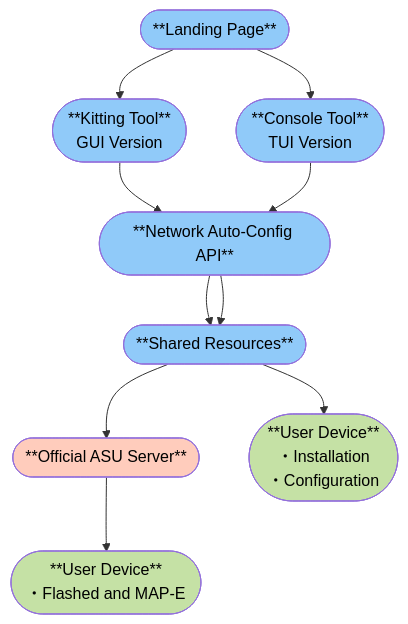
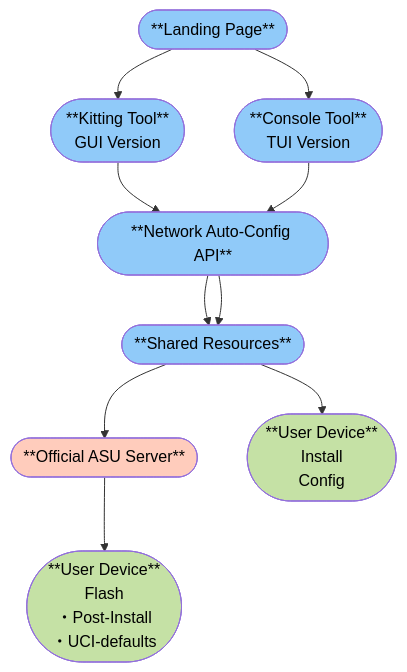
The diagram in README.md (site-u2023/site-u2023.github.io), drawn with Mermaid before and after one commit.

````diff
--- a/README.md
+++ b/README.md
@@ -18,58 +18,60 @@
 ```mermaid
 graph TB
 A([
 **Landing Page**
 ])
     
 B([
 **Kitting Tool**
 GUI Version
 ])
 C([
 **Console Tool**
 TUI Version
 ])
     
 D([
 **Network Auto-Config API**
 ])
     
 F([
 **Shared Resources**
 
 ])
     
 E([
 **Official ASU Server**
 ])
     
 G1([
 **User Device**
-・Flashed and MAP-E
+Flash
+・Post-Install
+・UCI-defaults
 ])
     
 G2([
 **User Device**
-・Installation
-・Configuration
+Install
+Config
 ])
     
     A --> B
     A --> C
     B --> D
     C --> D
     D --> F
     D --> F
     F --> E
     E --> G1
     F --> G2
     
     style A fill:#90caf9,color:#000
     style B fill:#90caf9,color:#000
     style C fill:#90caf9,color:#000
     style D fill:#90caf9,color:#000
     style E fill:#ffccbc,color:#000
     style F fill:#90caf9,color:#000
     style G1 fill:#c5e1a5,color:#000
     style G2 fill:#c5e1a5,color:#000
 ```
````
